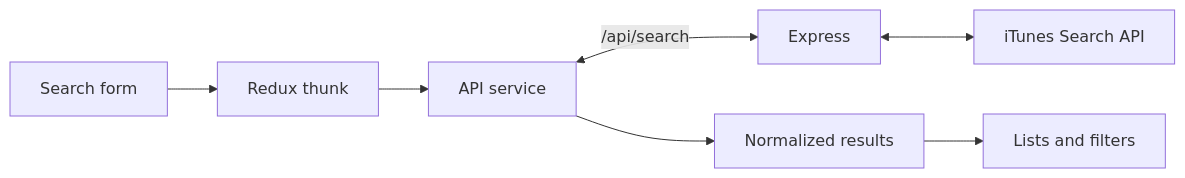
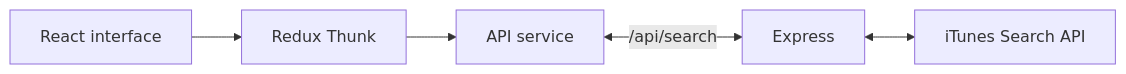
One commit to Pcharlesme/NextMusic changed the diagram in README.md. Above: the diagram before and after it, drawn with Mermaid. The commit also changed other lines of this file and 10 other files, not shown here.

````diff
--- a/README.md
+++ b/README.md
@@ -47,9 +55,7 @@
 ```mermaid
 flowchart LR
-  Form[Search form] --> Thunk[Redux thunk]
+  React[React interface] --> Thunk[Redux Thunk]
   Thunk --> Service[API service]
-  Service <-->|/api/search| Server[Express]
-  Server <--> Apple[iTunes Search API]
-  Service --> State[Normalized results]
-  State --> UI[Lists and filters]
+  Service <-->|/api/search| Express[Express]
+  Express <--> iTunes[iTunes Search API]
 ```
````
